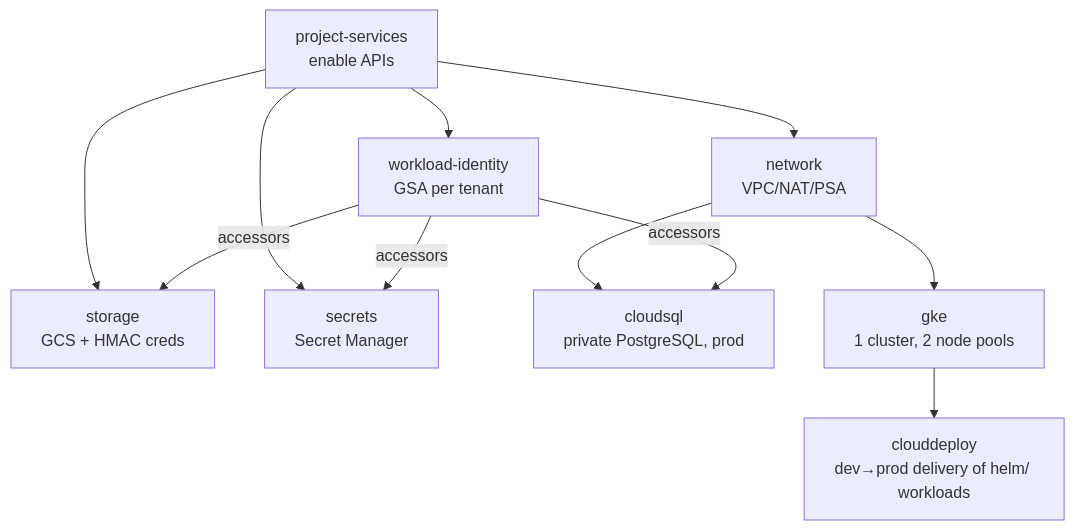
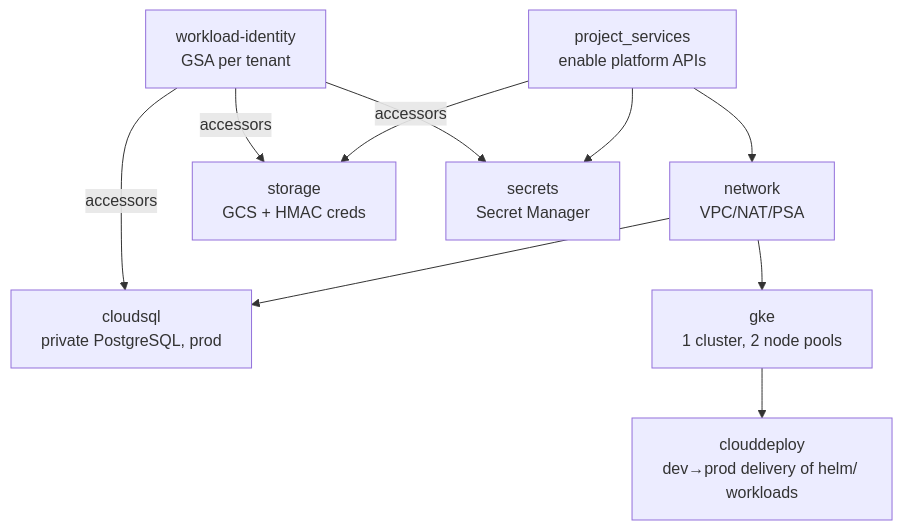
One commit to pilprod/yourown-chat changed the first of 2 diagrams in README.md. Above: the diagram before and after it, drawn with Mermaid. The commit also changed other lines of this file and 28 other files, not shown here.

````diff
--- a/README.md
+++ b/README.md
@@ -106,13 +106,13 @@
 ```mermaid
 graph TD
-  PS[project-services<br/>enable APIs] --> NET[network<br/>VPC/NAT/PSA]
+  PS[project_services<br/>enable platform APIs] --> NET[network<br/>VPC/NAT/PSA]
   PS --> STO[storage<br/>GCS + HMAC creds]
-  PS --> WI[workload-identity<br/>GSA per tenant]
   PS --> SEC[secrets<br/>Secret Manager]
   NET --> SQL[cloudsql<br/>private PostgreSQL, prod]
   NET --> GKE[gke<br/>1 cluster, 2 node pools]
+  WI[workload-identity<br/>GSA per tenant]
   WI -->|accessors| SQL
   WI -->|accessors| STO
   WI -->|accessors| SEC
   GKE --> CD[clouddeploy<br/>dev→prod delivery of helm/ workloads]
 ```
````
